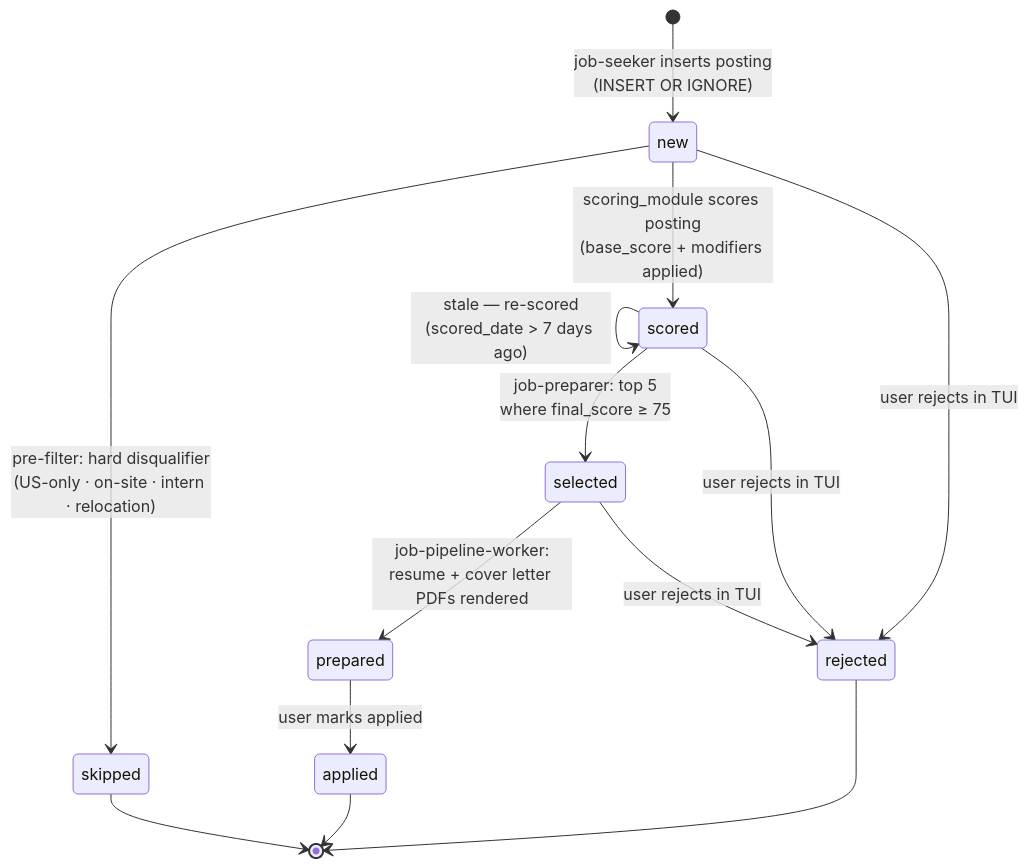
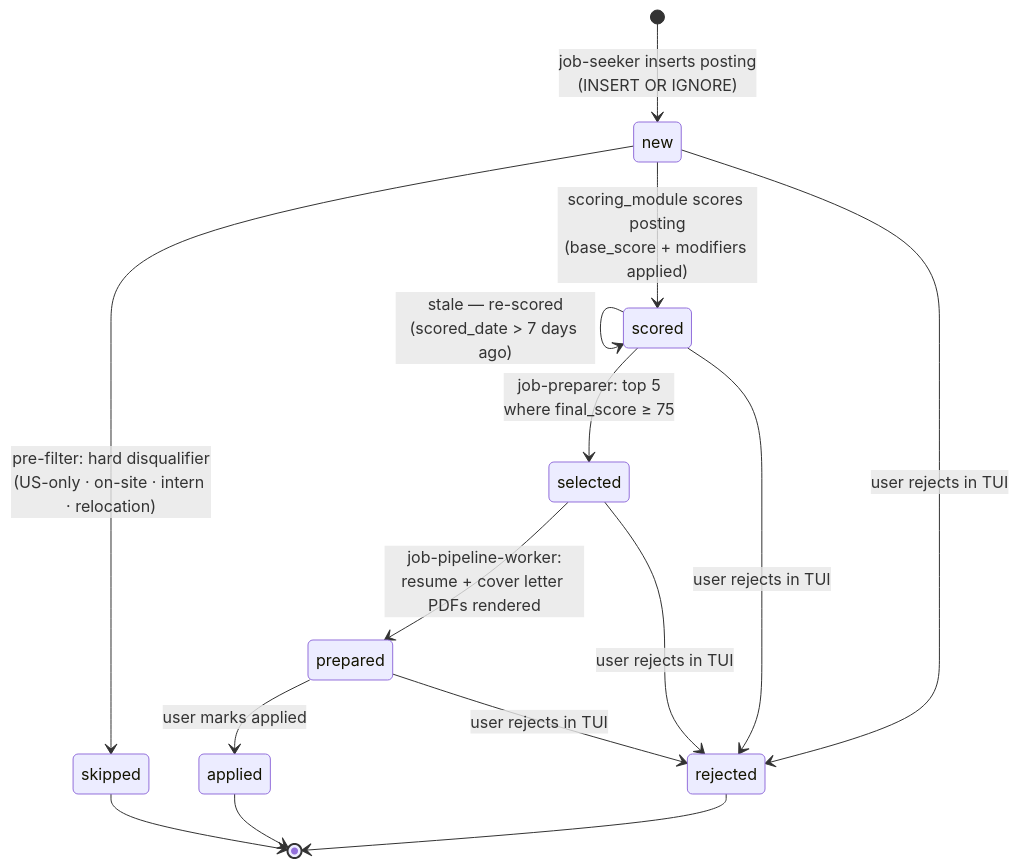
Before and after one commit to bildzeitung/job-harness: the diagram in docs/job-states.md, drawn with Mermaid. The commit also changed other lines of this file and 1 other file, not shown here.

Commit message:
Allow 'prepared' jobs to be rejected too

````diff
--- a/docs/job-states.md
+++ b/docs/job-states.md
@@ -7,21 +7,22 @@
 ```mermaid
 stateDiagram-v2
     [*] --> new : job-seeker inserts posting<br>(INSERT OR IGNORE)
 
     new --> skipped : pre-filter: hard disqualifier<br>(US-only · on-site · intern · relocation)
     new --> scored : scoring_module scores posting<br>(base_score + modifiers applied)
     new --> rejected : user rejects in TUI
 
     scored --> scored : stale — re-scored<br>(scored_date > 7 days ago)
     scored --> selected : job-preparer: top 5<br>where final_score ≥ 75
     scored --> rejected : user rejects in TUI
 
     selected --> prepared : job-pipeline-worker:<br>resume + cover letter PDFs rendered
     selected --> rejected : user rejects in TUI
 
     prepared --> applied : user marks applied
+    prepared --> rejected : user rejects in TUI
 
     skipped --> [*]
     applied --> [*]
     rejected --> [*]
 ```
````
